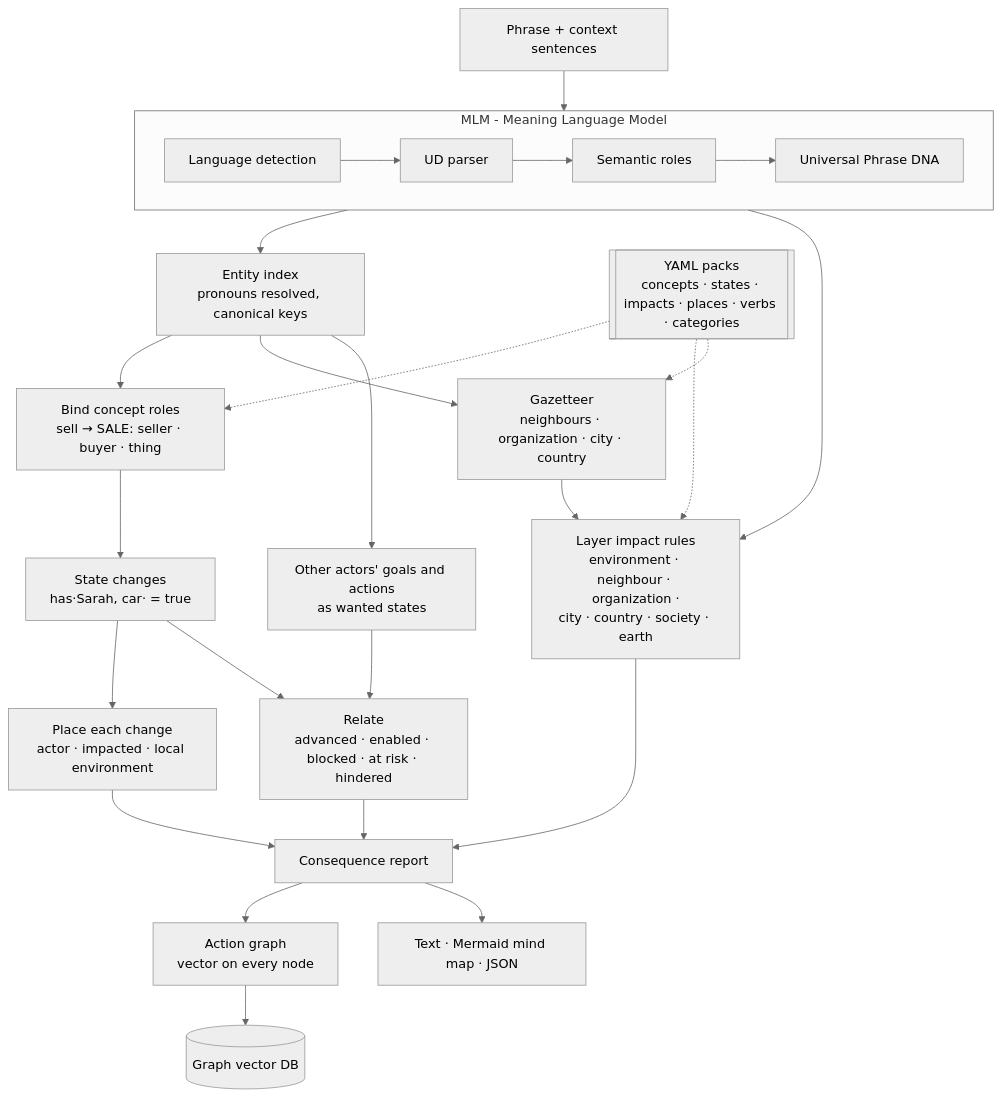
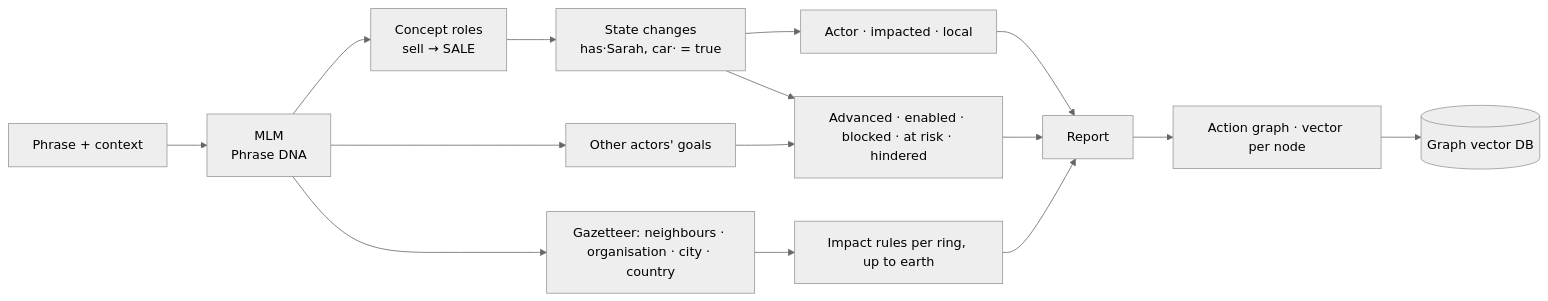
One commit to Sherlock2019/ACM changed the second of 2 diagrams in README.md. Above: the diagram before and after it, drawn with Mermaid (neutral theme). The commit also changed other lines of this file, not shown here.

Commit message:
README: concise rewrite around the Butterfly Model; remove duplicates, fix out-of-date counts, cascade flowchart

````diff
--- a/README.md
+++ b/README.md
@@ -870,31 +282,13 @@
 ```mermaid
-flowchart TD
-  IN[Phrase + context sentences] --> MLM
-
-  subgraph MLM["MLM - Meaning Language Model"]
-    direction LR
-    LD[Language detection] --> PAR[UD parser] --> SR[Semantic roles] --> DNA[Universal Phrase DNA]
-  end
-
-  DNA --> ENT[Entity index<br/>pronouns resolved, canonical keys]
-  ENT --> BIND[Bind concept roles<br/>sell → SALE: seller · buyer · thing]
+flowchart LR
+  IN[Phrase + context] --> MLM[MLM<br/>Phrase DNA]
+  MLM --> BIND[Concept roles<br/>sell → SALE]
   BIND --> FACTS[State changes<br/>has·Sarah, car· = true]
-  FACTS --> PLACE[Place each change<br/>actor · impacted · local environment]
-  ENT --> GEO[Gazetteer<br/>neighbours · organization · city · country]
-  GEO --> IMP
-  DNA --> IMP[Layer impact rules<br/>environment · neighbour · organization ·<br/>city · country · society · earth]
-  ENT --> INT[Other actors' goals and actions<br/>as wanted states]
-  FACTS --> REL[Relate<br/>advanced · enabled · blocked · at risk · hindered]
+  FACTS --> PLACE[Actor · impacted · local]
+  MLM --> INT[Other actors' goals]
+  FACTS --> REL[Advanced · enabled · blocked · at risk · hindered]
   INT --> REL
-
-  PLACE --> REP[Consequence report]
-  IMP --> REP
-  REL --> REP
-  REP --> GRAPH[Action graph<br/>vector on every node]
-  GRAPH --> DB[(Graph vector DB)]
-  REP --> OUT[Text · Mermaid mind map · JSON]
-
-  PACKS[[YAML packs<br/>concepts · states · impacts · places · verbs · categories]] -.-> BIND
-  PACKS -.-> IMP
-  PACKS -.-> GEO
+  MLM --> GEO[Gazetteer: neighbours · organisation · city · country]
+  GEO --> IMP[Impact rules per ring, up to earth]
+  PLACE & REL & IMP --> REP[Report] --> GRAPH[Action graph · vector per node] --> DB[(Graph vector DB)]
 ```
````
